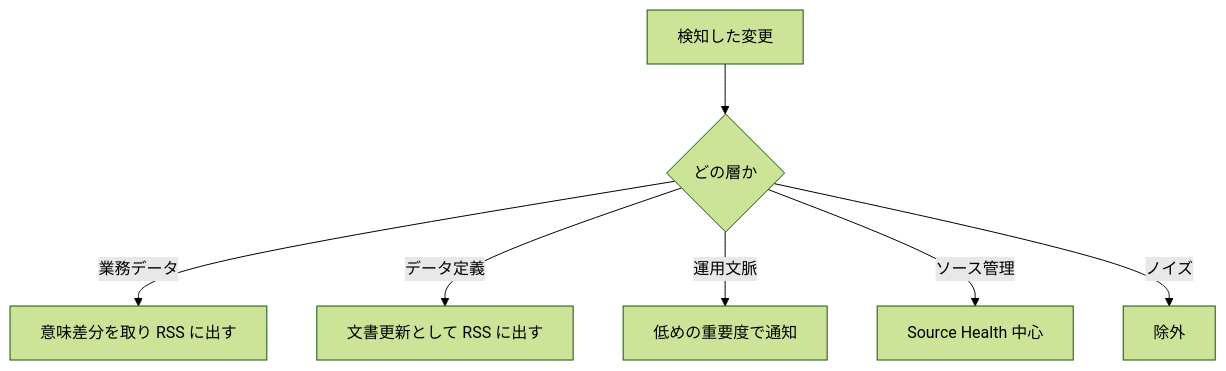
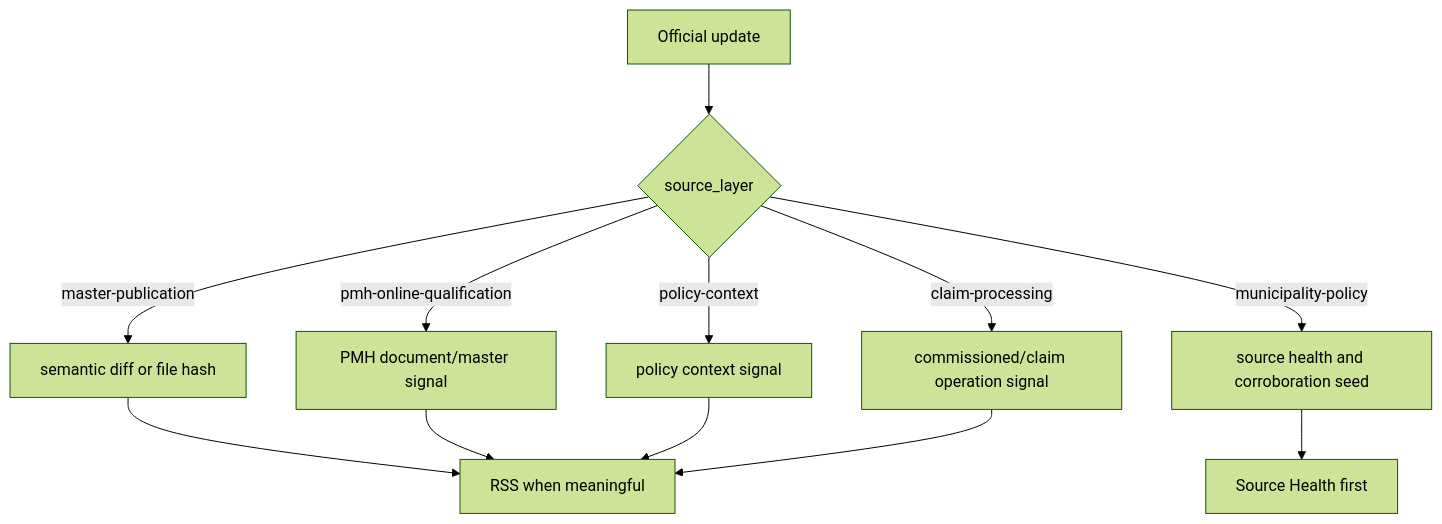
Before and after one commit to ryugen04/chitan-watch: the second of 2 diagrams in docs/information-scope.md, drawn with Mermaid (forest theme). The commit also changed other lines of this file and 11 other files, not shown here.

Commit message:
Re-scope official source monitoring

````diff
--- a/docs/information-scope.md
+++ b/docs/information-scope.md
@@ -161,9 +97,14 @@
 ```mermaid
 flowchart TD
-  A[検知した変更] --> B{どの層か}
-  B -->|業務データ| C[意味差分を取り RSS に出す]
-  B -->|データ定義| D[文書更新として RSS に出す]
-  B -->|運用文脈| E[低めの重要度で通知]
-  B -->|ソース管理| F[Source Health 中心]
-  B -->|ノイズ| G[除外]
+  A[Official update] --> B{source_layer}
+  B -->|master-publication| C[semantic diff or file hash]
+  B -->|pmh-online-qualification| D[PMH document/master signal]
+  B -->|policy-context| E[policy context signal]
+  B -->|claim-processing| F[commissioned/claim operation signal]
+  B -->|municipality-policy| G[source health and corroboration seed]
+  C --> H[RSS when meaningful]
+  D --> H
+  E --> H
+  F --> H
+  G --> I[Source Health first]
 ```
````
